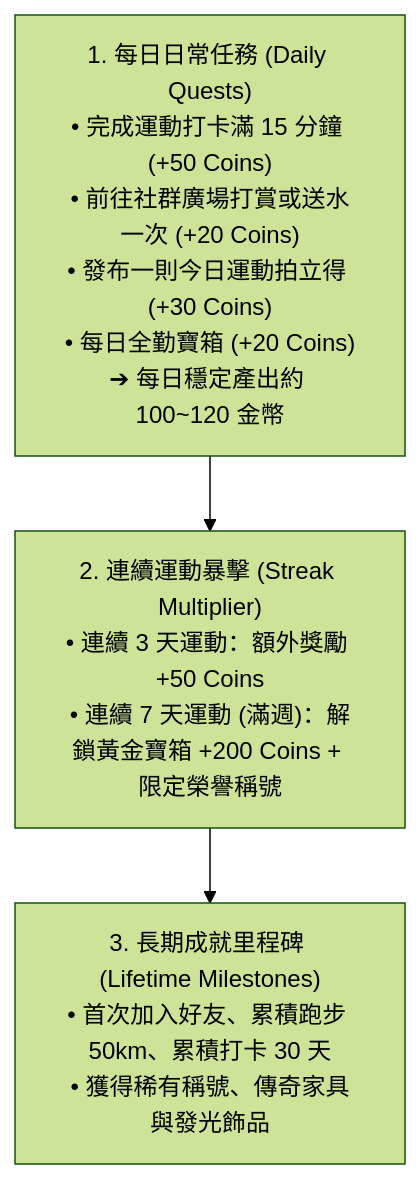
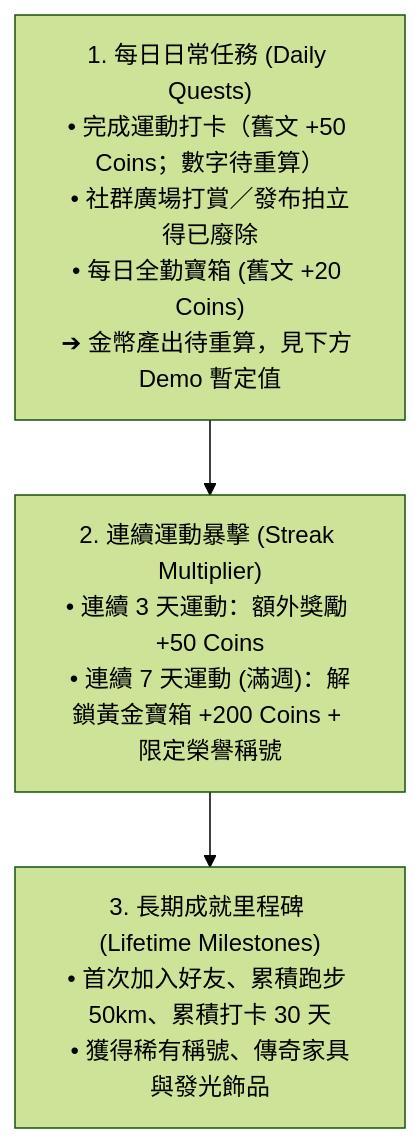
Before and after one commit to yuchienw/Fitmon: the diagram in llm-wiki/wiki/game_mechanics_and_science.md, drawn with Mermaid (forest theme). The commit also changed other lines of this file, not shown here.

````diff
--- a/llm-wiki/wiki/game_mechanics_and_science.md
+++ b/llm-wiki/wiki/game_mechanics_and_science.md
@@ -11,10 +11,10 @@
 ```mermaid
 flowchart TD
-    Tier1["1. 每日日常任務 (Daily Quests)\n• 完成運動打卡滿 15 分鐘 (+50 Coins)\n• 前往社群廣場打賞或送水一次 (+20 Coins)\n• 發布一則今日運動拍立得 (+30 Coins)\n• 每日全勤寶箱 (+20 Coins)\n➔ 每日穩定產出約 100~120 金幣"]
+    Tier1["1. 每日日常任務 (Daily Quests)\n• 完成運動打卡（舊文 +50 Coins；數字待重算）\n• 社群廣場打賞／發布拍立得已廢除\n• 每日全勤寶箱 (舊文 +20 Coins)\n➔ 金幣產出待重算，見下方 Demo 暫定值"]
     
     Tier2["2. 連續運動暴擊 (Streak Multiplier)\n• 連續 3 天運動：額外獎勵 +50 Coins\n• 連續 7 天運動 (滿週)：解鎖黃金寶箱 +200 Coins + 限定榮譽稱號"]
     
     Tier3["3. 長期成就里程碑 (Lifetime Milestones)\n• 首次加入好友、累積跑步 50km、累積打卡 30 天\n• 獲得稀有稱號、傳奇家具與發光飾品"]
 
     Tier1 --> Tier2 --> Tier3
 ```
````
